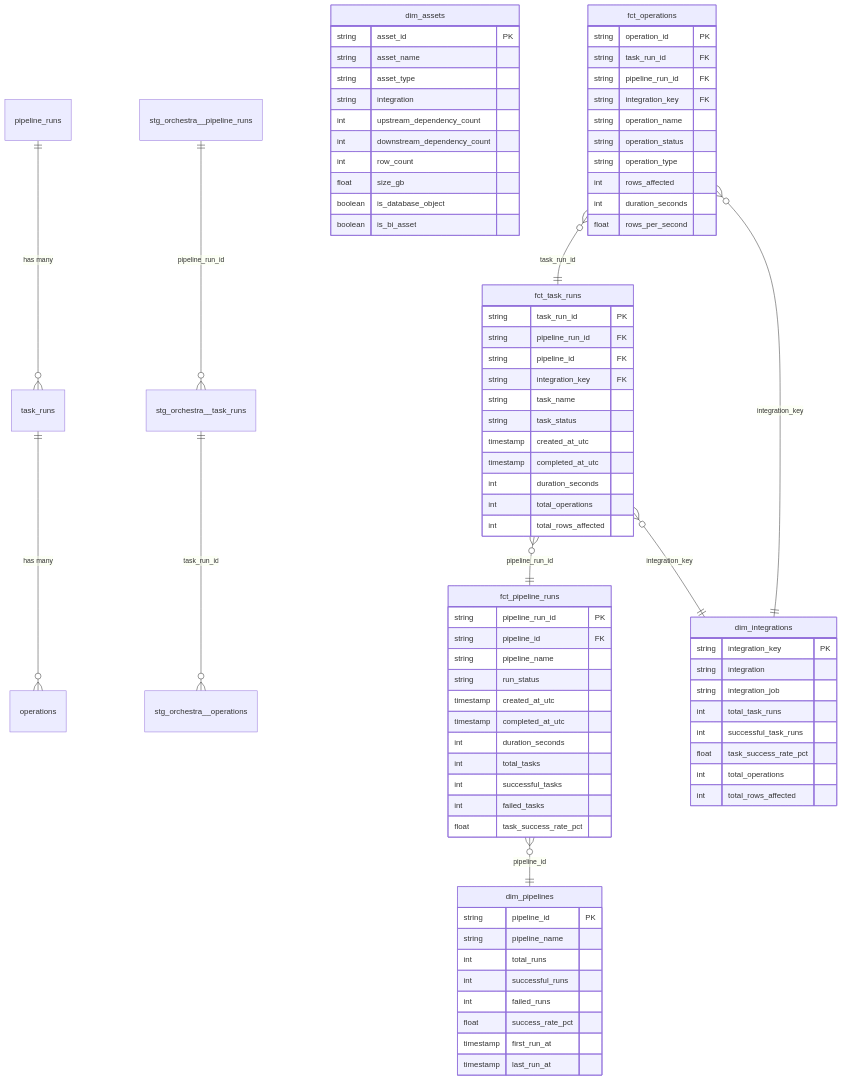
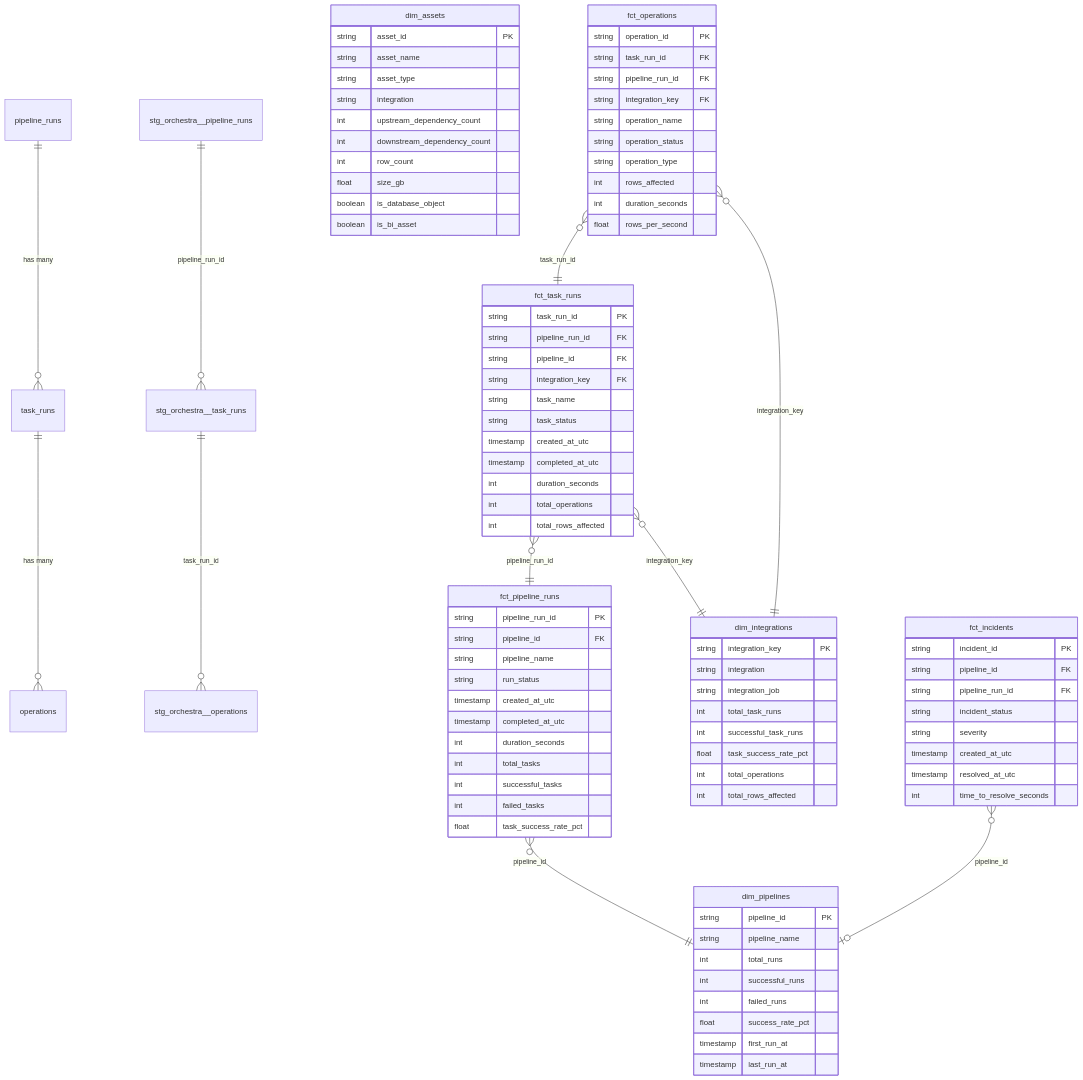
Before and after one commit to gthesheep-orchestra/dbt-orchestra-metadata: the diagram in README.md, drawn with Mermaid. The commit also changed other lines of this file and 10 other files, not shown here.

````diff
--- a/README.md
+++ b/README.md
@@ -175,10 +176,22 @@
         float rows_per_second
     }
 
+    fct_incidents {
+        string incident_id PK
+        string pipeline_id FK
+        string pipeline_run_id FK
+        string incident_status
+        string severity
+        timestamp created_at_utc
+        timestamp resolved_at_utc
+        int time_to_resolve_seconds
+    }
+
     %% Fact to Dimension Relationships
     fct_pipeline_runs }o--|| dim_pipelines : "pipeline_id"
     fct_task_runs }o--|| fct_pipeline_runs : "pipeline_run_id"
     fct_task_runs }o--|| dim_integrations : "integration_key"
     fct_operations }o--|| fct_task_runs : "task_run_id"
     fct_operations }o--|| dim_integrations : "integration_key"
+    fct_incidents }o--o| dim_pipelines : "pipeline_id"
 ```
````
